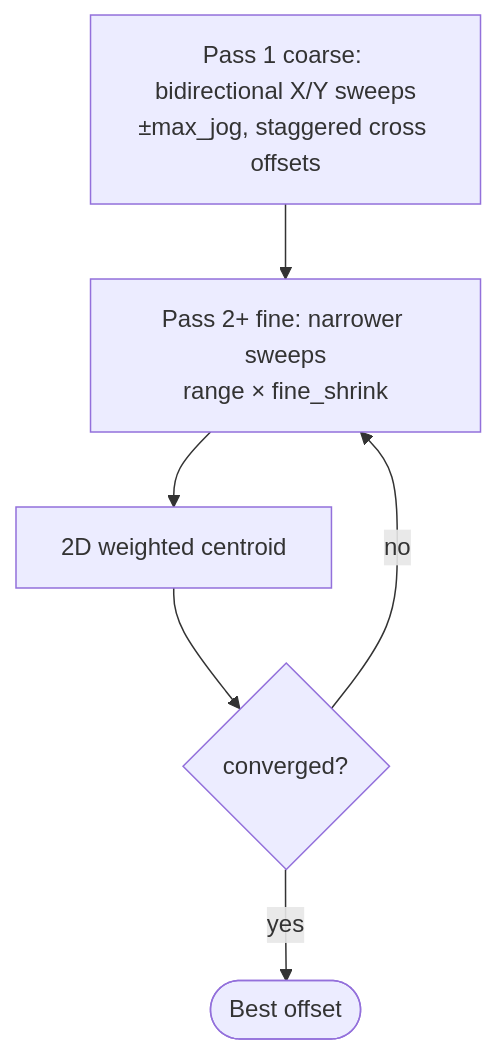
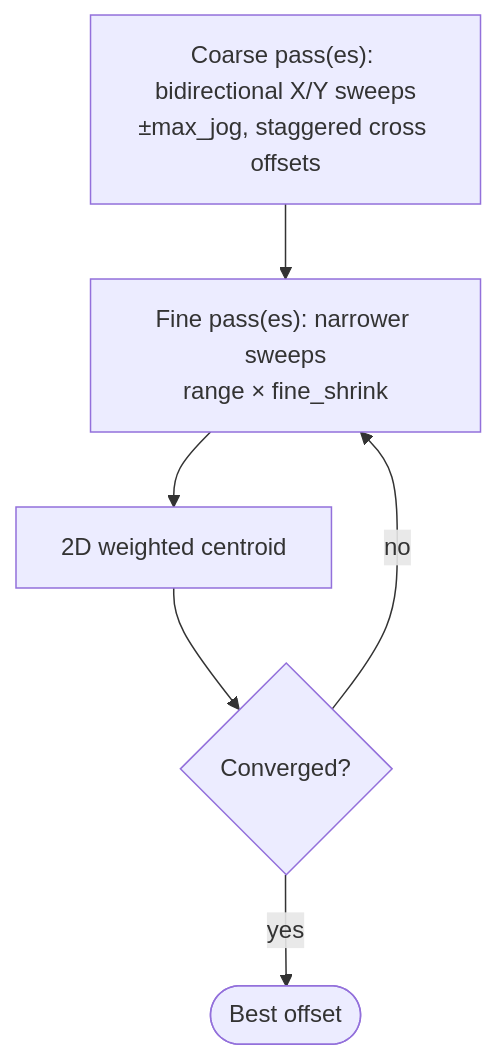
The seventh of 8 diagrams in docs/CALIBRATION_PROCESS.md (charliemayall/EddySeek), drawn with Mermaid before and after one commit. The commit also changed other lines of this file and 51 other files, not shown here.

````diff
--- a/docs/CALIBRATION_PROCESS.md
+++ b/docs/CALIBRATION_PROCESS.md
@@ -176,8 +176,8 @@
 ```mermaid
 flowchart TD
-  COARSE["Pass 1 coarse: bidirectional X/Y sweeps<br/>±max_jog, staggered cross offsets"] --> FINE
-  FINE["Pass 2+ fine: narrower sweeps<br/>range × fine_shrink"] --> CENT["2D weighted centroid"]
-  CENT --> CHECK{"converged?"}
+  COARSE["Coarse pass(es): bidirectional X/Y sweeps<br/>±max_jog, staggered cross offsets"] --> FINE
+  FINE["Fine pass(es): narrower sweeps<br/>range × fine_shrink"] --> CENT["2D weighted centroid"]
+  CENT --> CHECK{"Converged?"}
   CHECK -->|no| FINE
   CHECK -->|yes| DONE([Best offset])
 ```
````
